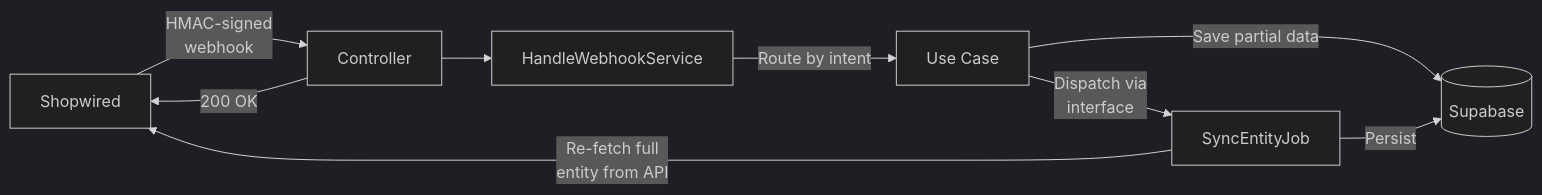
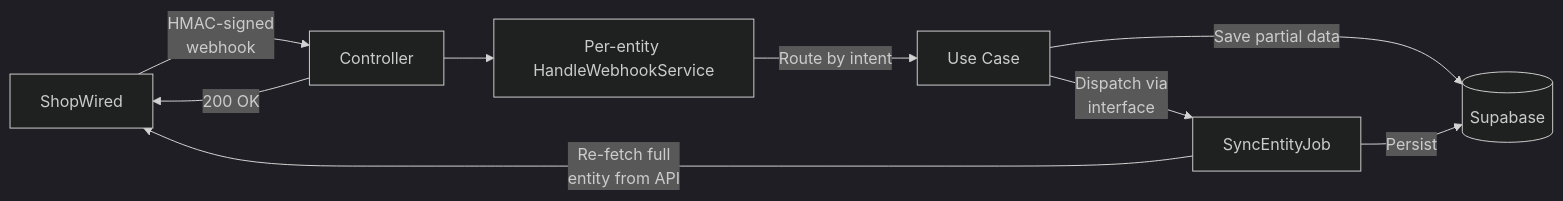
One commit to alzproducts/alz-core changed the fourth of 7 diagrams in docs/architecture-overview.md. Above: the diagram before and after it, drawn with Mermaid (dark theme). The commit also changed other lines of this file, not shown here.

First line of the commit message:
docs: sync architecture overview with README for public release (COR-155)

````diff
--- a/docs/architecture-overview.md
+++ b/docs/architecture-overview.md
@@ -150,11 +159,11 @@
 ```mermaid
 flowchart LR
-    SW[Shopwired] -->|"HMAC-signed\nwebhook"| CTRL[Controller]
-    CTRL --> SVC[HandleWebhookService]
+    SW[ShopWired] -->|"HMAC-signed\nwebhook"| CTRL[Controller]
+    CTRL --> SVC["Per-entity HandleWebhookService"]
     SVC -->|"Route by intent"| UC[Use Case]
     UC -->|Save partial data| DB[(Supabase)]
     UC -->|"Dispatch via\ninterface"| JOB[SyncEntityJob]
     JOB -->|"Re-fetch full\nentity from API"| SW
     JOB -->|Persist| DB
     CTRL -->|"200 OK"| SW
 ```
````
